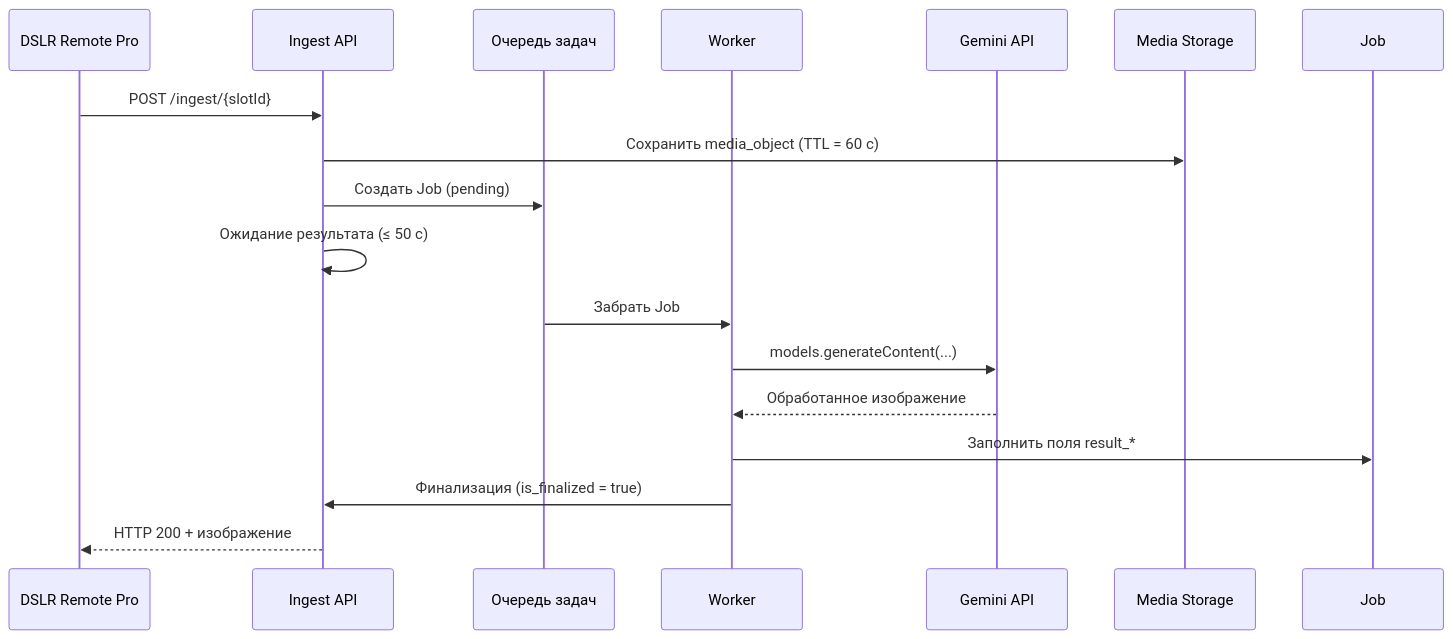
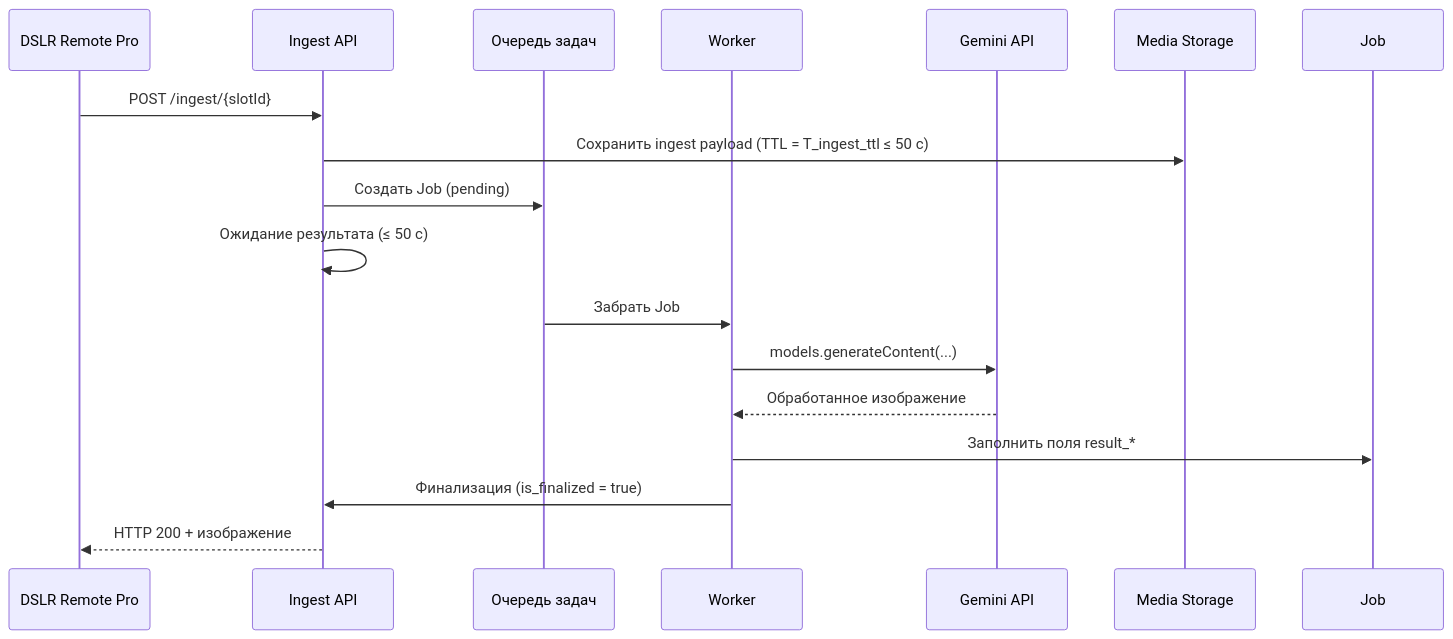
The first of 2 diagrams in spec/docs/blueprints/use-cases.md (nicelight/PhotoChanger_25), drawn with Mermaid before and after one commit. The commit also changed 1 other file, not shown here.

Commit message:
Уточнить TTL временных файлов в спецификациях

````diff
--- a/spec/docs/blueprints/use-cases.md
+++ b/spec/docs/blueprints/use-cases.md
@@ -29,20 +29,20 @@
 ```mermaid
 sequenceDiagram
     participant DSLR as DSLR Remote Pro
     participant API as Ingest API
     participant Queue as Очередь задач
     participant Worker as Worker
     participant Gemini as Gemini API
     participant Storage as Media Storage
 
     DSLR->>API: POST /ingest/{slotId}
-    API->>Storage: Сохранить media_object (TTL = 60 c)
+    API->>Storage: Сохранить ingest payload (TTL = T_ingest_ttl ≤ 50 c)
     API->>Queue: Создать Job (pending)
     API->>API: Ожидание результата (≤ 50 c)
     Queue->>Worker: Забрать Job
     Worker->>Gemini: models.generateContent(...)
     Gemini-->>Worker: Обработанное изображение
     Worker->>Job: Заполнить поля result_*
     Worker->>API: Финализация (is_finalized = true)
     API-->>DSLR: HTTP 200 + изображение
 ```
````
